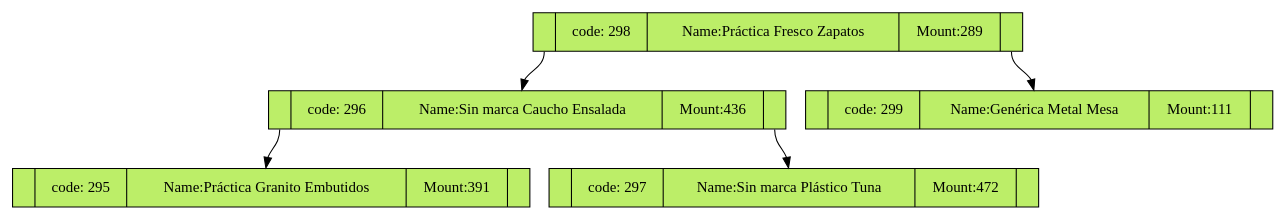
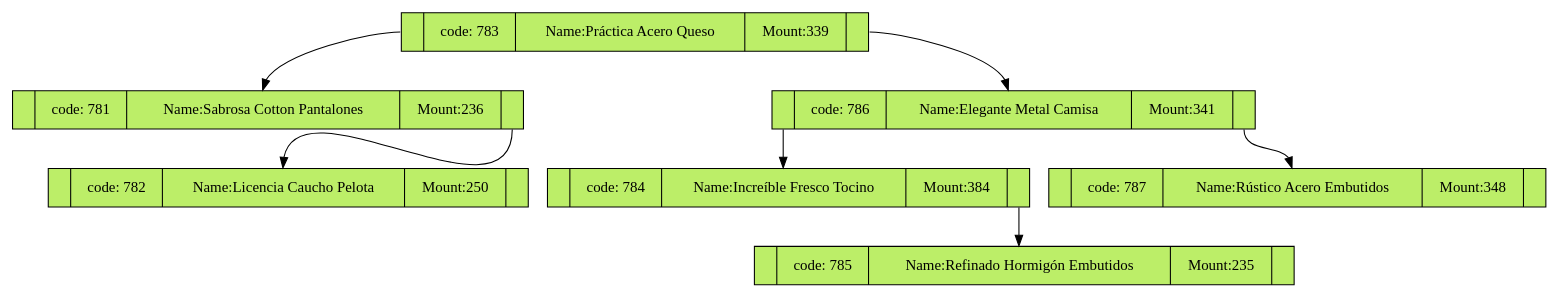
Before and after one commit to JAlvarez9/EDD_VirtualMall_201900528: the diagram in EDD_VirtualMall/Backend/Dots/arbol.dot, drawn with Graphviz. The commit also changed 12 other files, not shown here.

```diff
--- a/EDD_VirtualMall/Backend/Dots/arbol.dot
+++ b/EDD_VirtualMall/Backend/Dots/arbol.dot
@@ -1,12 +1,16 @@
 digraph G{
 node[shape="record"];
-node0xc00014b8c0[label="<f0> | <f1> code: 298|<f2> Name:Práctica Fresco Zapatos |<f3> Mount:289  | <f4>" style = filled, fillcolor = darkolivegreen2];
-node0xc00014b760[label="<f0>|<f1> code: 296|<f2> Name:Sin marca Caucho Ensalada |<f3> Mount:436  | <f4>" style = filled, fillcolor = darkolivegreen2];
-node0xc00014b8c0:f0 -> node0xc00014b760:f2 
-node0xc00014ba20[label="<f0>|<f1> code: 295|<f2> Name:Práctica Granito Embutidos |<f3> Mount:391  | <f4>" style = filled, fillcolor = darkolivegreen2];
-node0xc00014b760:f0 -> node0xc00014ba20:f2 
-node0xc00014b970[label="<f0>|<f1> code: 297|<f2> Name:Sin marca Plástico Tuna |<f3> Mount:472  | <f4>" style = filled, fillcolor = darkolivegreen2];
-node0xc00014b760:f4 -> node0xc00014b970:f2 
-node0xc00014b810[label="<f0>|<f1> code: 299|<f2> Name:Genérica Metal Mesa |<f3> Mount:111  | <f4>" style = filled, fillcolor = darkolivegreen2];
-node0xc00014b8c0:f4 -> node0xc00014b810:f2 
+node0xc000126fd0[label="<f0> | <f1> code: 783|<f2> Name:Práctica Acero Queso |<f3> Mount:339  | <f4>" style = filled, fillcolor = darkolivegreen2];
+node0xc000126dc0[label="<f0>|<f1> code: 781|<f2> Name:Sabrosa Cotton Pantalones |<f3> Mount:236  | <f4>" style = filled, fillcolor = darkolivegreen2];
+node0xc000126fd0:f0 -> node0xc000126dc0:f2 
+node0xc000127080[label="<f0>|<f1> code: 782|<f2> Name:Licencia Caucho Pelota |<f3> Mount:250  | <f4>" style = filled, fillcolor = darkolivegreen2];
+node0xc000126dc0:f4 -> node0xc000127080:f2 
+node0xc000126d10[label="<f0>|<f1> code: 786|<f2> Name:Elegante Metal Camisa |<f3> Mount:341  | <f4>" style = filled, fillcolor = darkolivegreen2];
+node0xc000126fd0:f4 -> node0xc000126d10:f2 
+node0xc000126f20[label="<f0>|<f1> code: 784|<f2> Name:Increíble Fresco Tocino |<f3> Mount:384  | <f4>" style = filled, fillcolor = darkolivegreen2];
+node0xc000126d10:f0 -> node0xc000126f20:f2 
+node0xc000127130[label="<f0>|<f1> code: 785|<f2> Name:Refinado Hormigón Embutidos |<f3> Mount:235  | <f4>" style = filled, fillcolor = darkolivegreen2];
+node0xc000126f20:f4 -> node0xc000127130:f2 
+node0xc000126e70[label="<f0>|<f1> code: 787|<f2> Name:Rústico Acero Embutidos |<f3> Mount:348  | <f4>" style = filled, fillcolor = darkolivegreen2];
+node0xc000126d10:f4 -> node0xc000126e70:f2 
 } 
```
